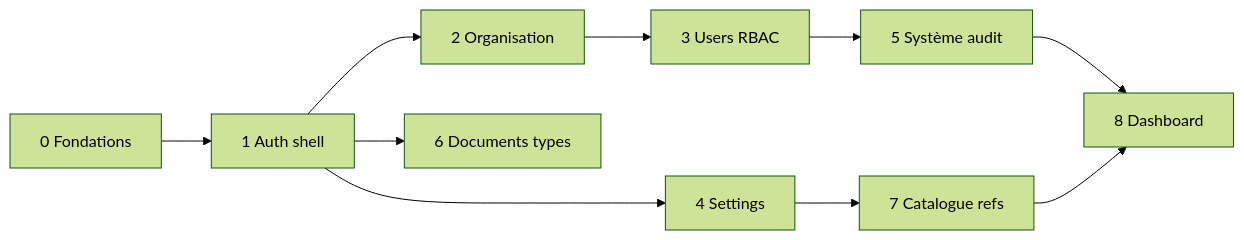
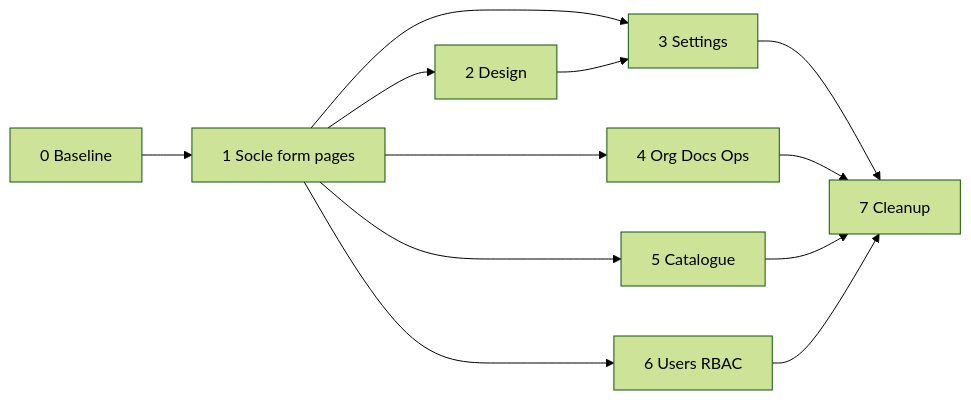
The diagram in apps/admin/docs/ROADMAP.md (thecarinsiwa/sinfinity), drawn with Mermaid (forest theme) before and after one commit. The commit also changed other lines of this file and 3 other files, not shown here.

Commit message:
Enhance FormPageShell est en place sous

````diff
--- a/apps/admin/docs/ROADMAP.md
+++ b/apps/admin/docs/ROADMAP.md
@@ -67,12 +107,14 @@
 ```mermaid
 flowchart LR
-  P0[0 Fondations] --> P1[1 Auth shell]
-  P1 --> P2[2 Organisation]
-  P2 --> P3[3 Users RBAC]
-  P1 --> P4[4 Settings]
-  P3 --> P5[5 Système audit]
-  P1 --> P6[6 Documents types]
-  P4 --> P7[7 Catalogue refs]
-  P5 --> P8[8 Dashboard]
-  P7 --> P8
+  P0[0 Baseline] --> P1[1 Socle form pages]
+  P1 --> P2[2 Design]
+  P1 --> P3[3 Settings]
+  P2 --> P3
+  P1 --> P4[4 Org Docs Ops]
+  P1 --> P5[5 Catalogue]
+  P1 --> P6[6 Users RBAC]
+  P3 --> P7[7 Cleanup]
+  P4 --> P7
+  P5 --> P7
+  P6 --> P7
 ```
````
